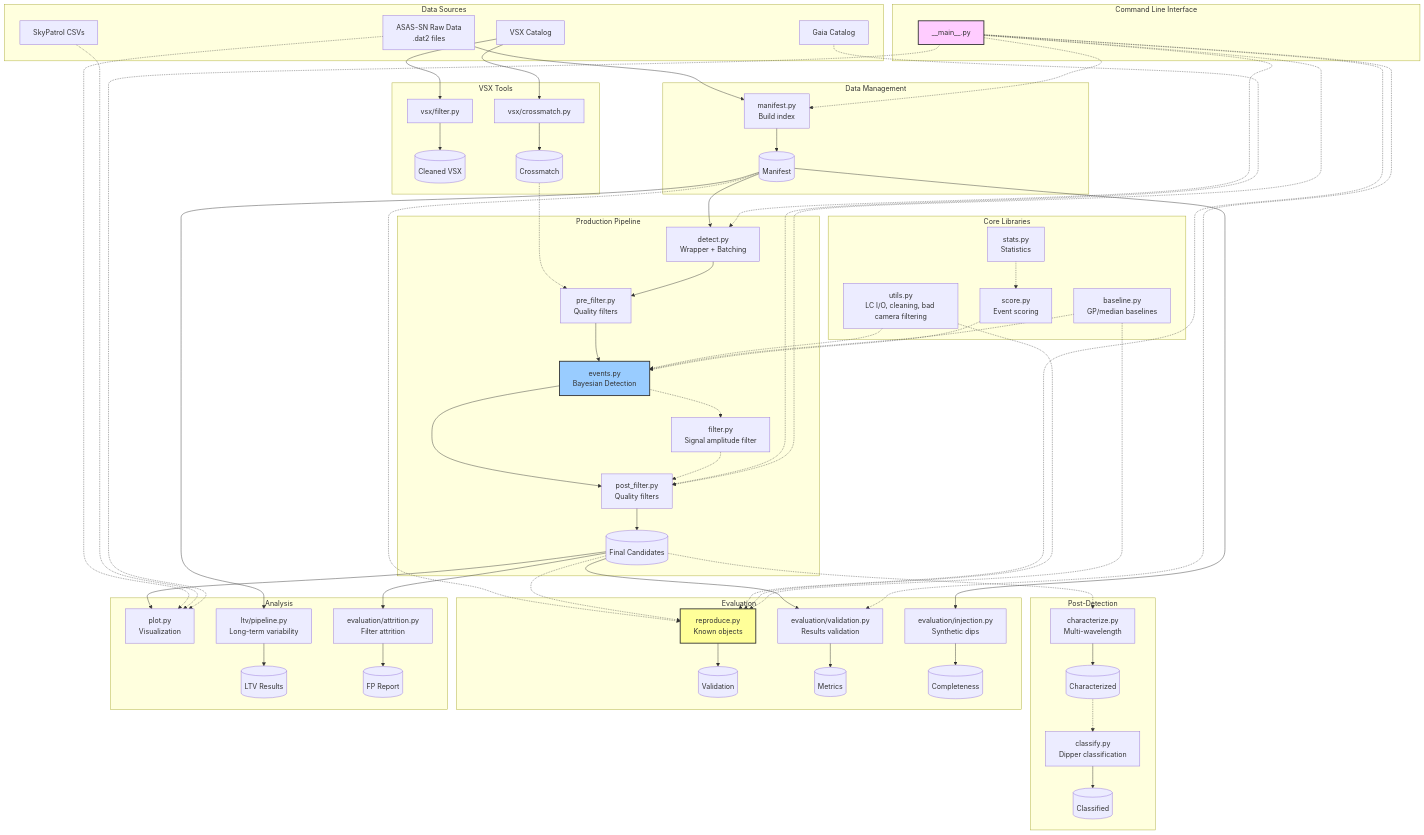
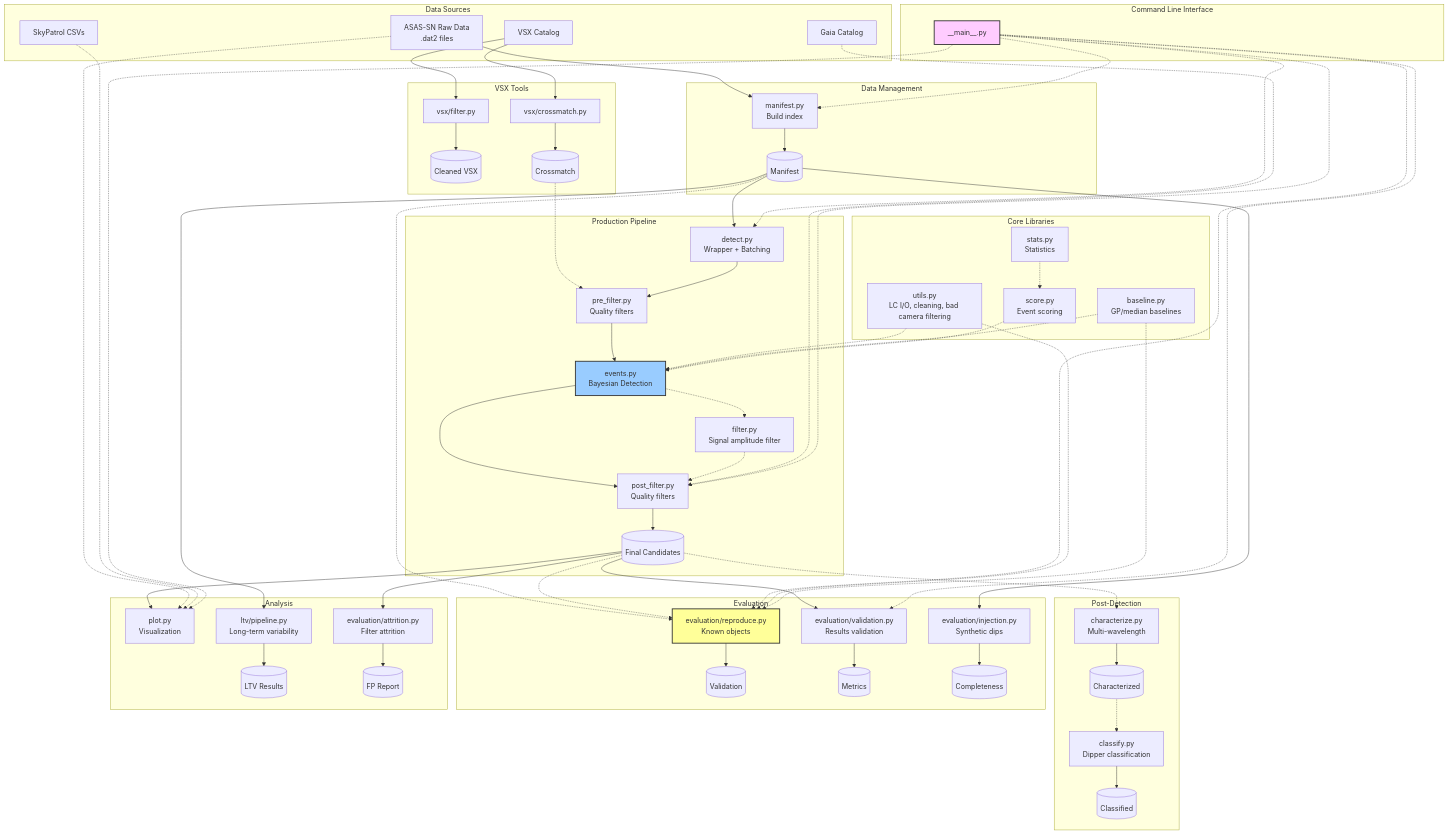
Before and after one commit to calderlen/MALCA: the diagram in README.md, drawn with Mermaid. The commit also changed other lines of this file and 13 other files, not shown here.

```diff
--- a/README.md
+++ b/README.md
@@ -138,7 +138,7 @@
     end
 
     subgraph "Evaluation"
-        REPRO[reproduce.py<br/>Known objects]
+        REPRO[evaluation/reproduce.py<br/>Known objects]
         VALID[evaluation/validation.py<br/>Results validation]
         INJ[evaluation/injection.py<br/>Synthetic dips]
 
```
